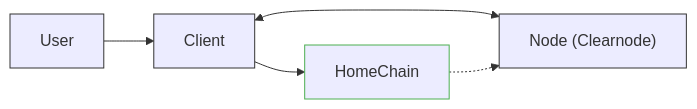
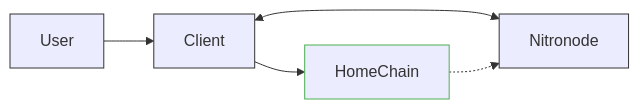
The first of 10 diagrams in docs/nitrolite/learn/protocol-flows/home-channel-withdraw-on-create.mdx (layer-3/docs), drawn with Mermaid before and after one commit. The commit also changed other lines of this file and 20 other files, not shown here.

````diff
--- a/docs/nitrolite/learn/protocol-flows/home-channel-withdraw-on-create.mdx
+++ b/docs/nitrolite/learn/protocol-flows/home-channel-withdraw-on-create.mdx
@@ -17,12 +17,12 @@
 ```mermaid
 graph LR
     U["User"] --> C["Client"]
-    C <--> N["Node (Clearnode)"]
+    C <--> N["Nitronode"]
     C --> HC["HomeChain"]
     HC -.-> N
 
     style U stroke:#333
     style C stroke:#333
     style N stroke:#333
     style HC stroke:#4CAF50
 ```
````
